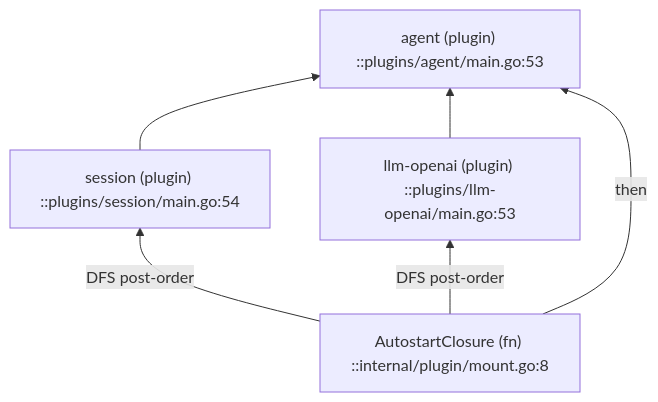
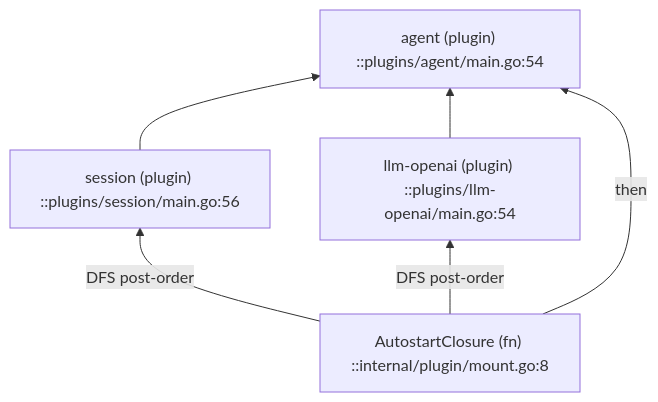
The fourth of 5 diagrams in docs/project-map/DEPENDENCY.md (Alphazer01214/my-go-lite-agent), drawn with Mermaid before and after one commit. The commit also changed other lines of this file and 76 other files, not shown here.

````diff
--- a/docs/project-map/DEPENDENCY.md
+++ b/docs/project-map/DEPENDENCY.md
@@ -58,8 +58,8 @@
 ```mermaid
 flowchart BT
-  Session["session (plugin) ::plugins/session/main.go:54"] --> Agent["agent (plugin) ::plugins/agent/main.go:53"]
-  LLM["llm-openai (plugin) ::plugins/llm-openai/main.go:53"] --> Agent
+  Session["session (plugin) ::plugins/session/main.go:56"] --> Agent["agent (plugin) ::plugins/agent/main.go:54"]
+  LLM["llm-openai (plugin) ::plugins/llm-openai/main.go:54"] --> Agent
   Scan["AutostartClosure (fn) ::internal/plugin/mount.go:8"] -->|DFS post-order| Session
   Scan -->|DFS post-order| LLM
   Scan -->|then| Agent
 ```
````
